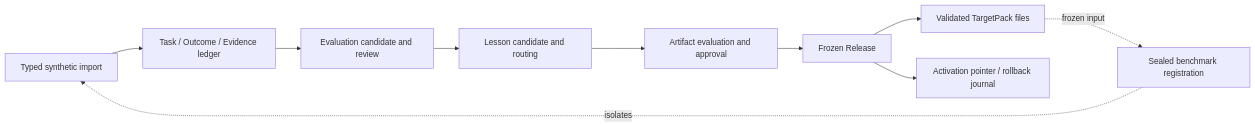
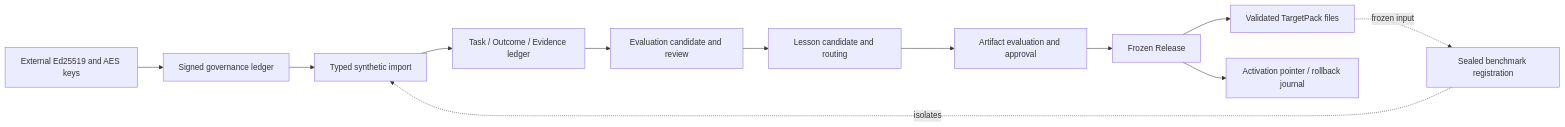
One commit to HydroAcrid/adaptation-compiler-lab changed the diagram in ARCHITECTURE.md. Above: the diagram before and after it, drawn with Mermaid. The commit also changed other lines of this file and 42 other files, not shown here.

Commit message:
Add signed governance and encrypted evidence foundation

````diff
--- a/ARCHITECTURE.md
+++ b/ARCHITECTURE.md
@@ -12,12 +12,14 @@
 ```mermaid
 flowchart LR
-    I["Typed synthetic import"] --> R["Task / Outcome / Evidence ledger"]
+    K["External Ed25519 and AES keys"] --> G["Signed governance ledger"]
+    G --> I["Typed synthetic import"]
+    I --> R["Task / Outcome / Evidence ledger"]
     R --> E["Evaluation candidate and review"]
     E --> L["Lesson candidate and routing"]
     L --> A["Artifact evaluation and approval"]
     A --> F["Frozen Release"]
     F --> P["Validated TargetPack files"]
     F --> X["Activation pointer / rollback journal"]
     B["Sealed benchmark registration"] -. isolates .-> I
     P -. frozen input .-> B
 ```
````
